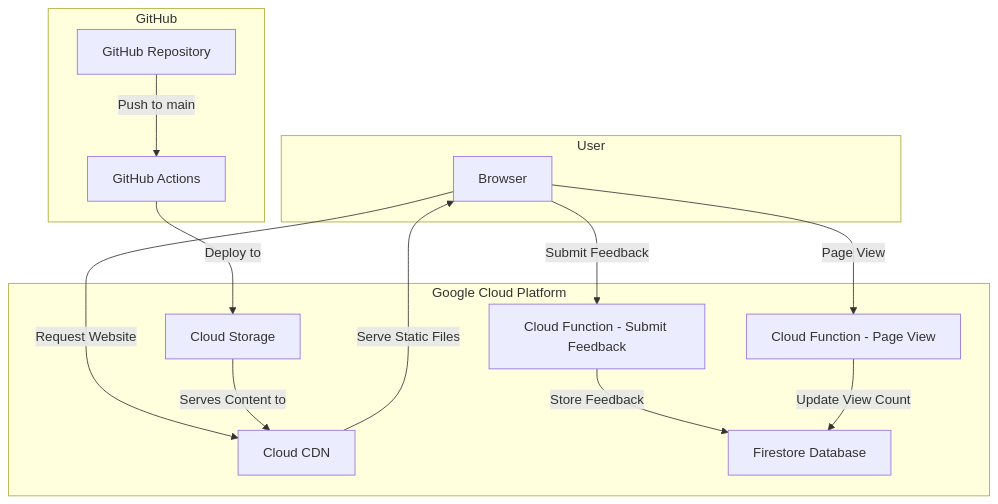
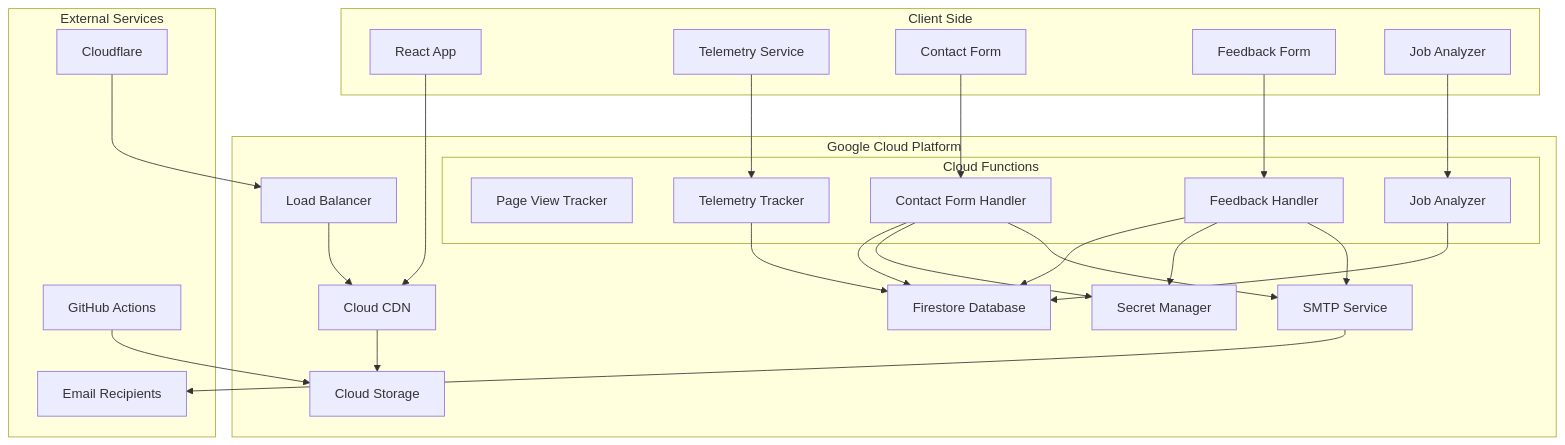
One commit to Sudhan30/my-portfolio-website changed the first of 2 diagrams in README.md. Above: the diagram before and after it, drawn with Mermaid. The commit also changed other lines of this file and 2 other files, not shown here.

````diff
--- a/README.md
+++ b/README.md
@@ -43,29 +67,56 @@
 ```mermaid
-graph TD
-    subgraph "User"
-        A[Browser]
+graph TB
+    subgraph "Client Side"
+        A[React App]
+        B[Telemetry Service]
+        C[Contact Form]
+        D[Feedback Form]
+        E[Job Analyzer]
     end
 
     subgraph "Google Cloud Platform"
-        B[Cloud CDN]
-        C[Cloud Storage]
-        D[Cloud Function - Page View]
-        E[Cloud Function - Submit Feedback]
-        F[Firestore Database]
+        F[Cloud CDN]
+        G[Cloud Storage]
+        H[Load Balancer]
+        
+        subgraph "Cloud Functions"
+            I[Page View Tracker]
+            J[Contact Form Handler]
+            K[Feedback Handler]
+            L[Job Analyzer]
+            M[Telemetry Tracker]
+        end
+        
+        N[Firestore Database]
+        O[Secret Manager]
+        P[SMTP Service]
     end
 
-    subgraph "GitHub"
-        G[GitHub Repository]
-        H[GitHub Actions]
+    subgraph "External Services"
+        Q[Cloudflare]
+        R[GitHub Actions]
+        S[Email Recipients]
     end
 
-    A -- "Request Website" --> B
-    B -- "Serve Static Files" --> A
-    C -- "Serves Content to" --> B
-    A -- "Submit Feedback" --> E
-    E -- "Store Feedback" --> F
-    A -- "Page View" --> D
-    D -- "Update View Count" --> F
-    G -- "Push to main" --> H
-    H -- "Deploy to" --> C
+    A --> F
+    F --> G
+    Q --> H
+    H --> F
+    
+    C --> J
+    D --> K
+    E --> L
+    B --> M
+    
+    J --> N
+    J --> O
+    J --> P
+    K --> N
+    K --> O
+    K --> P
+    L --> N
+    M --> N
+    
+    P --> S
+    R --> G
 ```
````
